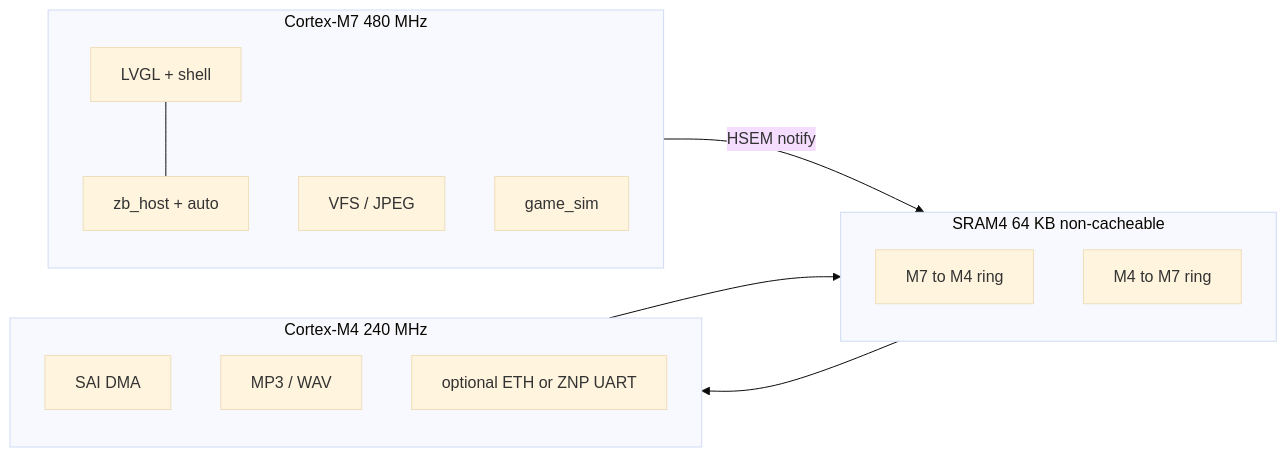
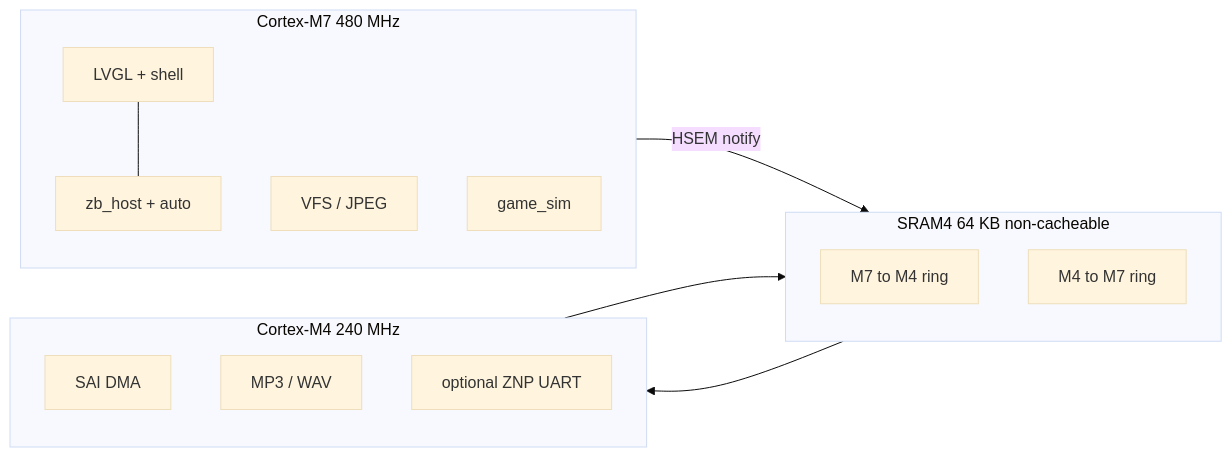
Before and after one commit to vanbuong/stm32h745-disco: the second of 9 diagrams in doc/Architecture.md, drawn with Mermaid (base theme). The commit also changed other lines of this file and 39 other files, not shown here.

````diff
--- a/doc/Architecture.md
+++ b/doc/Architecture.md
@@ -191,22 +192,22 @@
 ```mermaid
 flowchart LR
   subgraph M7 [Cortex-M7 480 MHz]
     UI[LVGL + shell]
     FS[VFS / JPEG]
     SIM[game_sim]
     HOST[zb_host + auto]
   end
   subgraph SRAM4 [SRAM4 64 KB non-cacheable]
     R1[M7 to M4 ring]
     R2[M4 to M7 ring]
   end
   subgraph M4 [Cortex-M4 240 MHz]
     SAI[SAI DMA]
     MP3[MP3 / WAV]
-    OPT[optional ETH or ZNP UART]
+    OPT[optional ZNP UART]
   end
   UI --- HOST
   M7 -->|HSEM notify| SRAM4
   SRAM4 --> M4
   M4 --> SRAM4
 ```
````
